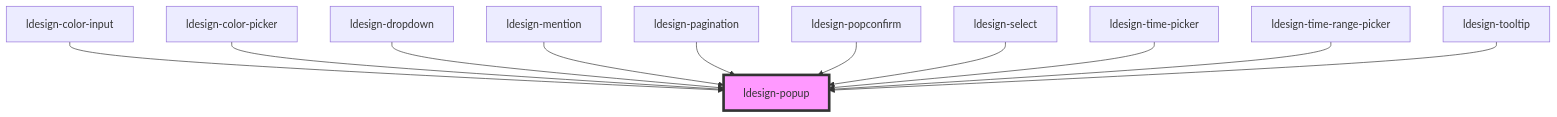
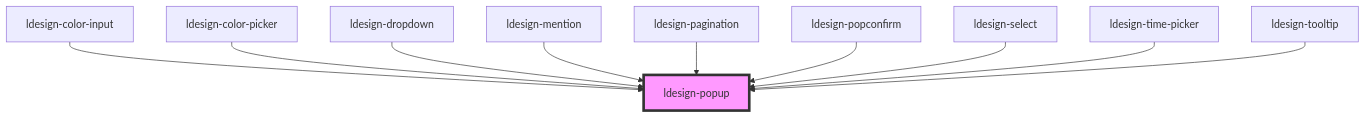
The diagram in packages/webcomponent/src/components/popup/readme.md (poly1603/ldesign), drawn with Mermaid before and after one commit. The commit also changed other lines of this file and 44 other files, not shown here.

````diff
--- a/packages/webcomponent/src/components/popup/readme.md
+++ b/packages/webcomponent/src/components/popup/readme.md
@@ -109,14 +108,13 @@
 ```mermaid
 graph TD;
   ldesign-color-input --> ldesign-popup
   ldesign-color-picker --> ldesign-popup
   ldesign-dropdown --> ldesign-popup
   ldesign-mention --> ldesign-popup
   ldesign-pagination --> ldesign-popup
   ldesign-popconfirm --> ldesign-popup
   ldesign-select --> ldesign-popup
   ldesign-time-picker --> ldesign-popup
-  ldesign-time-range-picker --> ldesign-popup
   ldesign-tooltip --> ldesign-popup
   style ldesign-popup fill:#f9f,stroke:#333,stroke-width:4px
 ```
````
